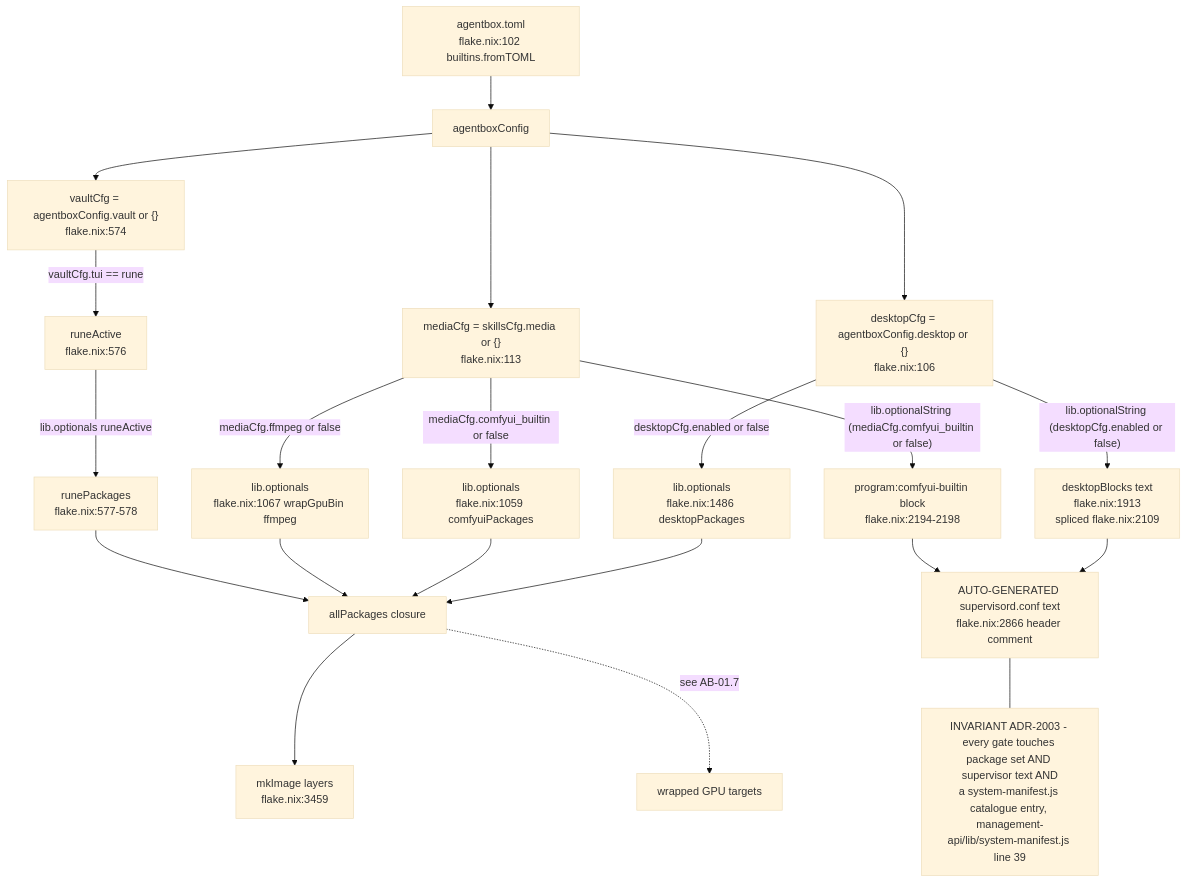
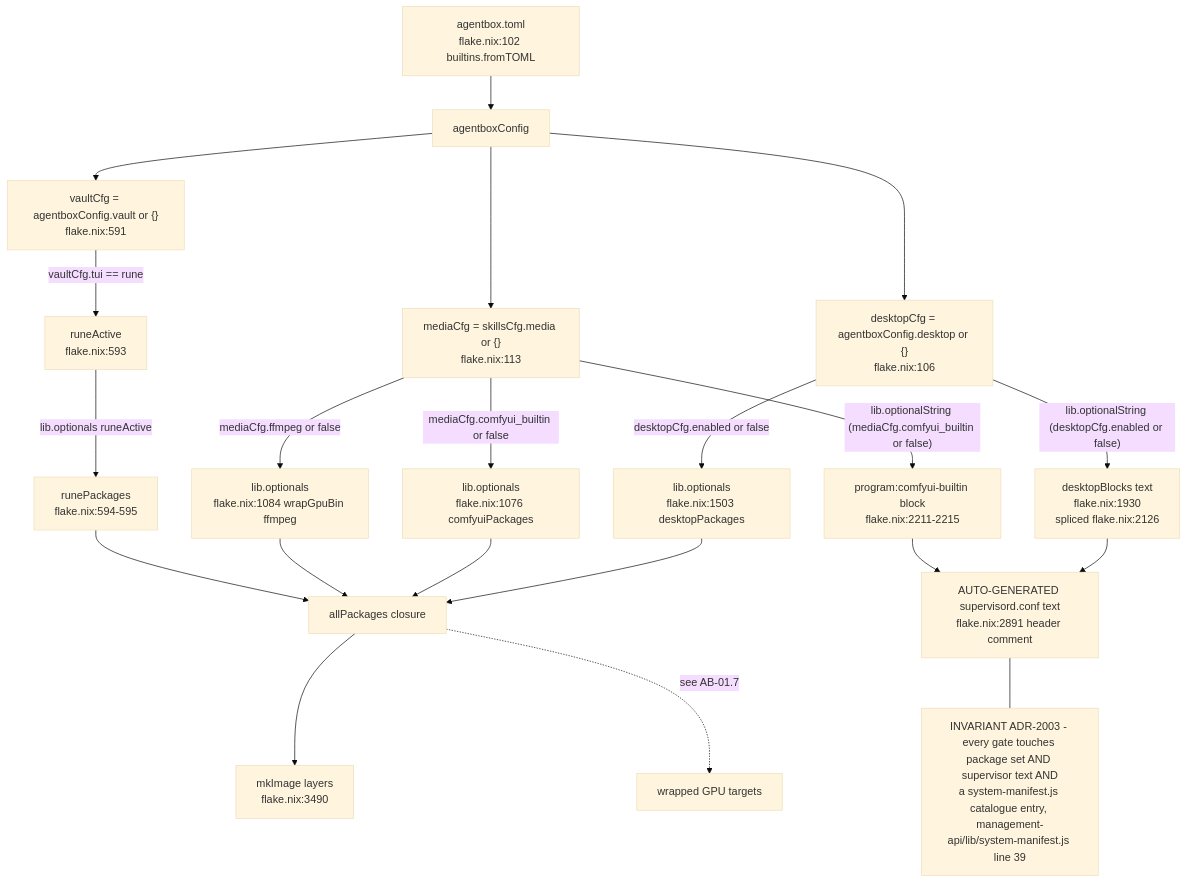
The first of 10 diagrams in docs/diagrams/agentbox/01-nix-flake-composition.md (DreamLab-AI/AR-AI-Knowledge-Graph), drawn with Mermaid (base theme) before and after one commit. The commit also changed other lines of this file and 73 other files, not shown here.

First line of the commit message:
docs(diagrams): re-verify all 71 topic files against HEAD; add --cite-check

````diff
--- a/docs/diagrams/agentbox/01-nix-flake-composition.md
+++ b/docs/diagrams/agentbox/01-nix-flake-composition.md
@@ -28,30 +28,30 @@
 ```mermaid
 flowchart TB
     TOML["agentbox.toml<br/>flake.nix:102 builtins.fromTOML"] --> CFG["agentboxConfig"]
     CFG --> DESK["desktopCfg = agentboxConfig.desktop or {}<br/>flake.nix:106"]
     CFG --> MEDIA["mediaCfg = skillsCfg.media or {}<br/>flake.nix:113"]
-    CFG --> VAULT["vaultCfg = agentboxConfig.vault or {}<br/>flake.nix:574"]
+    CFG --> VAULT["vaultCfg = agentboxConfig.vault or {}<br/>flake.nix:591"]
 
-    DESK -->|"desktopCfg.enabled or false"| DESKOPT["lib.optionals<br/>flake.nix:1486 desktopPackages"]
-    MEDIA -->|"mediaCfg.comfyui_builtin or false"| COMFYOPT["lib.optionals<br/>flake.nix:1059 comfyuiPackages"]
-    MEDIA -->|"mediaCfg.ffmpeg or false"| FFOPT["lib.optionals<br/>flake.nix:1067 wrapGpuBin ffmpeg"]
-    VAULT -->|"vaultCfg.tui == rune"| RUNEOPT["runeActive<br/>flake.nix:576"]
+    DESK -->|"desktopCfg.enabled or false"| DESKOPT["lib.optionals<br/>flake.nix:1503 desktopPackages"]
+    MEDIA -->|"mediaCfg.comfyui_builtin or false"| COMFYOPT["lib.optionals<br/>flake.nix:1076 comfyuiPackages"]
+    MEDIA -->|"mediaCfg.ffmpeg or false"| FFOPT["lib.optionals<br/>flake.nix:1084 wrapGpuBin ffmpeg"]
+    VAULT -->|"vaultCfg.tui == rune"| RUNEOPT["runeActive<br/>flake.nix:593"]
 
     DESKOPT --> ALLPKG["allPackages closure"]
     COMFYOPT --> ALLPKG
     FFOPT --> ALLPKG
-    RUNEOPT -->|"lib.optionals runeActive"| RUNEPKG["runePackages<br/>flake.nix:577-578"]
+    RUNEOPT -->|"lib.optionals runeActive"| RUNEPKG["runePackages<br/>flake.nix:594-595"]
     RUNEPKG --> ALLPKG
 
-    DESK -->|"lib.optionalString (desktopCfg.enabled or false)"| DESKSUP["desktopBlocks text<br/>flake.nix:1913<br/>spliced flake.nix:2109"]
-    MEDIA -->|"lib.optionalString (mediaCfg.comfyui_builtin or false)"| COMFYSUP["program:comfyui-builtin block<br/>flake.nix:2194-2198"]
+    DESK -->|"lib.optionalString (desktopCfg.enabled or false)"| DESKSUP["desktopBlocks text<br/>flake.nix:1930<br/>spliced flake.nix:2126"]
+    MEDIA -->|"lib.optionalString (mediaCfg.comfyui_builtin or false)"| COMFYSUP["program:comfyui-builtin block<br/>flake.nix:2211-2215"]
 
-    DESKSUP --> SUPTEXT["AUTO-GENERATED supervisord.conf text<br/>flake.nix:2866 header comment"]
+    DESKSUP --> SUPTEXT["AUTO-GENERATED supervisord.conf text<br/>flake.nix:2891 header comment"]
     COMFYSUP --> SUPTEXT
-    ALLPKG --> MKIMAGE["mkImage layers<br/>flake.nix:3459"]
+    ALLPKG --> MKIMAGE["mkImage layers<br/>flake.nix:3490"]
 
     ALLPKG -.->|"see AB-01.7"| WRAPTGT["wrapped GPU targets"]
 
     note1["INVARIANT ADR-2003 - every gate touches package set AND supervisor text AND<br/>a system-manifest.js catalogue entry, management-api/lib/system-manifest.js line 39"]
     SUPTEXT --- note1
 ```
````
